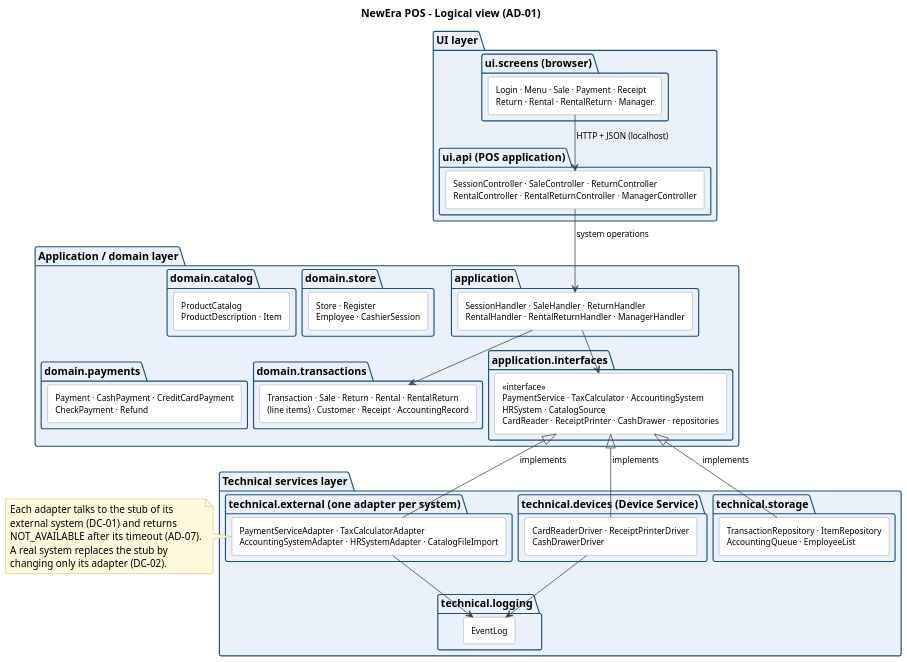
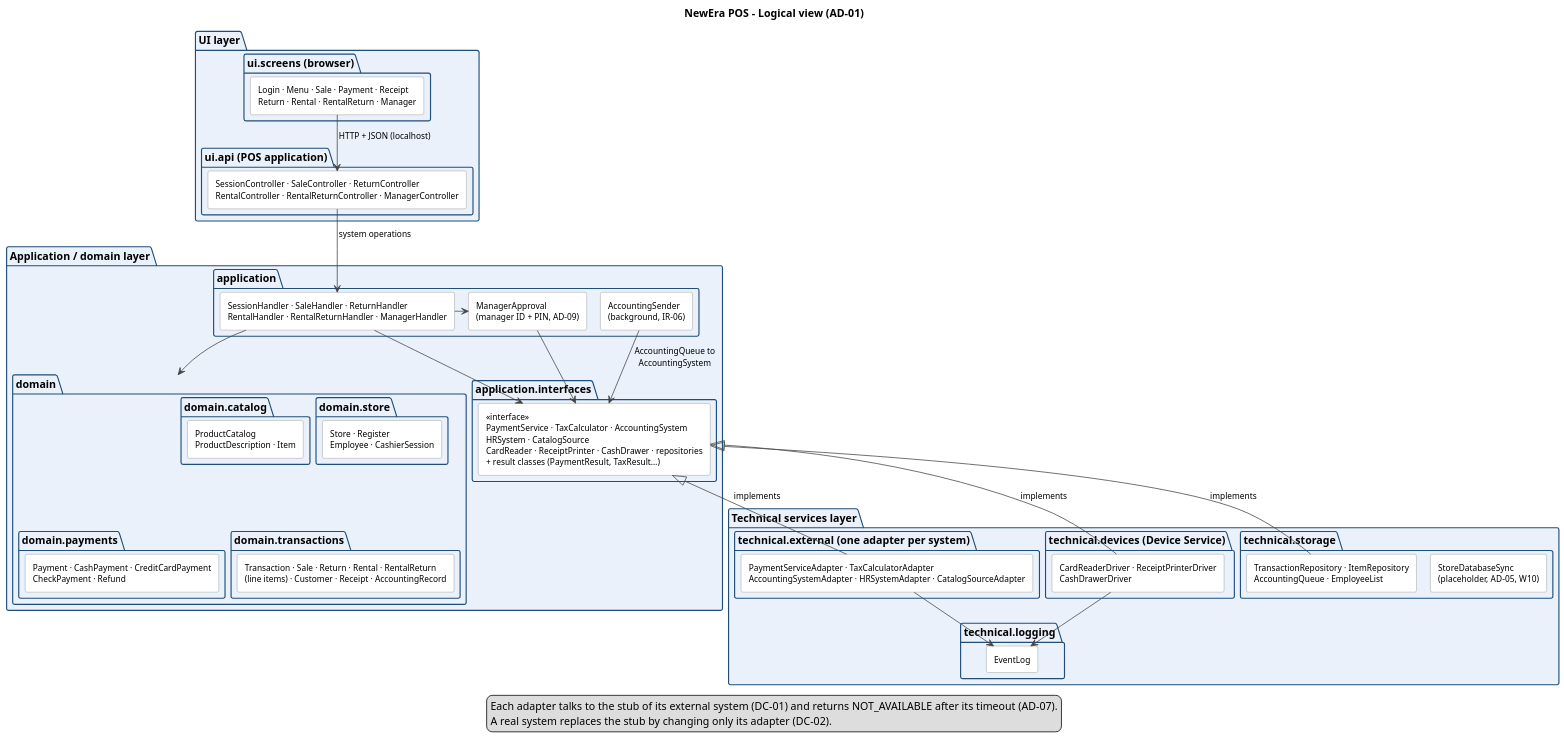
Before and after one commit to bhsei/26D: the diagram in assets/architecture_logical.puml, drawn with PlantUML.

Commit message:
W9 - Logical diagram source; domain package, ManagerApproval, AccountingSender, StoreDatabaseSync (#53)

```diff
--- a/assets/architecture_logical.puml
+++ b/assets/architecture_logical.puml
@@ -1,92 +1,98 @@
 @startuml
 ' NewEra POS - Logical view (layers and packages), W09
 ' Team D - editable source of assets/architecture_logical.png
 ' Render with: java -jar plantuml.jar -tpng assets/architecture_logical.puml
 ' Names follow docs/design/architecture.md (AD-01 layers, AD-02 local web application, AD-04 adapters, AD-10 devices),
 ' the domain model, the SSDs and docs/design/system_interfaces.md.
 
 !pragma layout smetana
 set separator none
 top to bottom direction
 skinparam shadowing false
 skinparam dpi 130
 skinparam defaultFontName Arial
 skinparam ArrowColor #444444
 skinparam ArrowFontSize 11
 skinparam PackageBorderColor #1F4E79
 skinparam PackageBackgroundColor #EAF1FB
 skinparam RectangleBorderColor #888888
 skinparam RectangleBackgroundColor #FFFFFF
 skinparam RectangleFontSize 11
 skinparam NoteBackgroundColor #FFF8DC
 skinparam NoteBorderColor #B8A04A
 
 title NewEra POS - Logical view (AD-01)
 
 package "UI layer" as UI {
   package "ui.screens (browser)" as screens {
     rectangle "Login · Menu · Sale · Payment · Receipt\nReturn · Rental · RentalReturn · Manager" as Screens
   }
   package "ui.api (POS application)" as api {
     rectangle "SessionController · SaleController · ReturnController\nRentalController · RentalReturnController · ManagerController" as Controllers
   }
 }
 
 package "Application / domain layer" as APP {
   package "application" as application {
     rectangle "SessionHandler · SaleHandler · ReturnHandler\nRentalHandler · RentalReturnHandler · ManagerHandler" as Handlers
+    rectangle "ManagerApproval\n(manager ID + PIN, AD-09)" as Approval
+    rectangle "AccountingSender\n(background, IR-06)" as Sender
   }
   package "application.interfaces" as interfaces {
-    rectangle "<<interface>>\nPaymentService · TaxCalculator · AccountingSystem\nHRSystem · CatalogSource\nCardReader · ReceiptPrinter · CashDrawer · repositories" as Interfaces
+    rectangle "<<interface>>\nPaymentService · TaxCalculator · AccountingSystem\nHRSystem · CatalogSource\nCardReader · ReceiptPrinter · CashDrawer · repositories\n+ result classes (PaymentResult, TaxResult…)" as Interfaces
   }
-  package "domain.store" as dstore {
-    rectangle "Store · Register\nEmployee · CashierSession" as DStore
-  }
-  package "domain.catalog" as dcatalog {
-    rectangle "ProductCatalog\nProductDescription · Item" as DCatalog
-  }
-  package "domain.transactions" as dtrans {
-    rectangle "Transaction · Sale · Return · Rental · RentalReturn\n(line items) · Customer · Receipt · AccountingRecord" as DTrans
-  }
-  package "domain.payments" as dpay {
-    rectangle "Payment · CashPayment · CreditCardPayment\nCheckPayment · Refund" as DPay
+  package "domain" as domain {
+    package "domain.store" as dstore {
+      rectangle "Store · Register\nEmployee · CashierSession" as DStore
+    }
+    package "domain.catalog" as dcatalog {
+      rectangle "ProductCatalog\nProductDescription · Item" as DCatalog
+    }
+    package "domain.transactions" as dtrans {
+      rectangle "Transaction · Sale · Return · Rental · RentalReturn\n(line items) · Customer · Receipt · AccountingRecord" as DTrans
+    }
+    package "domain.payments" as dpay {
+      rectangle "Payment · CashPayment · CreditCardPayment\nCheckPayment · Refund" as DPay
+    }
   }
 }
 
 package "Technical services layer" as TECH {
   package "technical.external (one adapter per system)" as external {
-    rectangle "PaymentServiceAdapter · TaxCalculatorAdapter\nAccountingSystemAdapter · HRSystemAdapter · CatalogFileImport" as Adapters
+    rectangle "PaymentServiceAdapter · TaxCalculatorAdapter\nAccountingSystemAdapter · HRSystemAdapter · CatalogSourceAdapter" as Adapters
   }
   package "technical.devices (Device Service)" as devices {
     rectangle "CardReaderDriver · ReceiptPrinterDriver\nCashDrawerDriver" as Drivers
   }
   package "technical.storage" as storage {
     rectangle "TransactionRepository · ItemRepository\nAccountingQueue · EmployeeList" as Repos
+    rectangle "StoreDatabaseSync\n(placeholder, AD-05, W10)" as Sync
   }
   package "technical.logging" as logging {
     rectangle "EventLog" as Log
   }
 }
 
 Screens -down-> Controllers : HTTP + JSON (localhost)
 Controllers -down-> Handlers : system operations
-Handlers -down-> DTrans
+Handlers -down-> domain
 Handlers -down-> Interfaces
+Handlers -right-> Approval
+Approval -down-> Interfaces
+Sender -down-> Interfaces : AccountingQueue to\nAccountingSystem
+DStore -[hidden]right- DCatalog
 DTrans -[hidden]right- DPay
-DStore -[hidden]right- DCatalog
 DStore -[hidden]down- DTrans
+Repos -[hidden]right- Sync
 Adapters -up-|> Interfaces : implements
 Drivers -up-|> Interfaces : implements
 Repos -up-|> Interfaces : implements
 Adapters -down-> Log
 Drivers -down-> Log
 
-note right of Adapters
-  Each adapter talks to the stub of its
-  external system (DC-01) and returns
-  NOT_AVAILABLE after its timeout (AD-07).
-  A real system replaces the stub by
-  changing only its adapter (DC-02).
-end note
+legend bottom
+  Each adapter talks to the stub of its external system (DC-01) and returns NOT_AVAILABLE after its timeout (AD-07).
+  A real system replaces the stub by changing only its adapter (DC-02).
+endlegend
 
 @enduml
```
